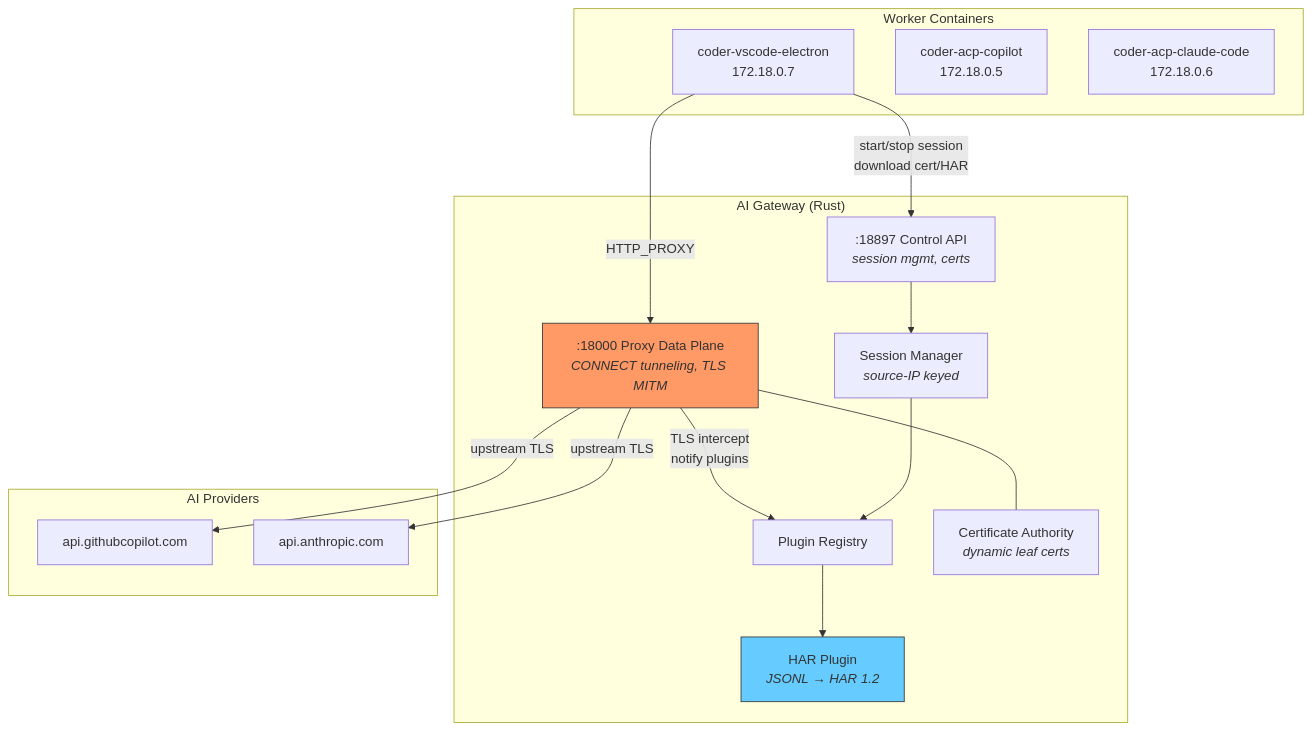
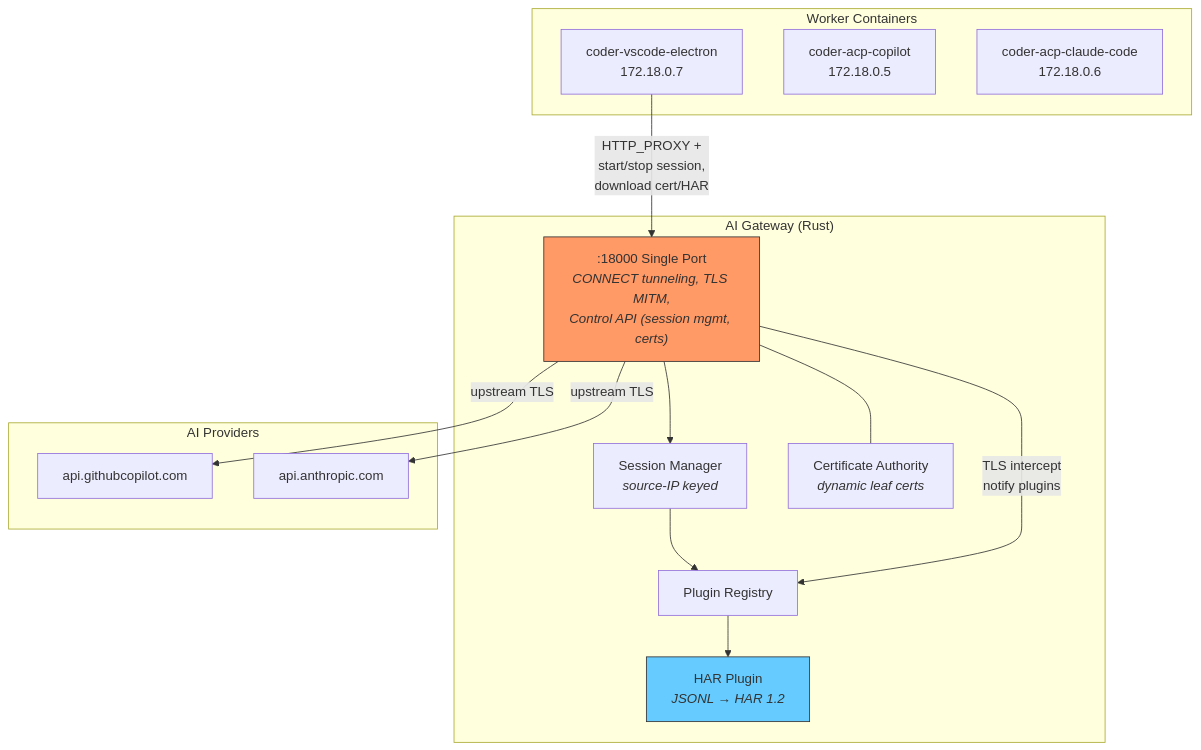
Before and after one commit to Gile987/scope: the first of 4 diagrams in docs/architecture/ai-gateway.md, drawn with Mermaid. The commit also changed other lines of this file and 1 other file, not shown here.

Commit message:
docs: update gateway documentation for single-port architecture

````diff
--- a/docs/architecture/ai-gateway.md
+++ b/docs/architecture/ai-gateway.md
@@ -23,35 +23,33 @@
 ```mermaid
 flowchart TB
     subgraph Workers["Worker Containers"]
         W1["coder-vscode-electron<br/>172.18.0.7"]
         W2["coder-acp-copilot<br/>172.18.0.5"]
         W3["coder-acp-claude-code<br/>172.18.0.6"]
     end
 
     subgraph GW["AI Gateway (Rust)"]
-        API[":18897 Control API<br/><i>session mgmt, certs</i>"]
-        PX[":18000 Proxy Data Plane<br/><i>CONNECT tunneling, TLS MITM</i>"]
+        PX[":18000 Single Port<br/><i>CONNECT tunneling, TLS MITM,<br/>Control API (session mgmt, certs)</i>"]
         SM["Session Manager<br/><i>source-IP keyed</i>"]
         PR["Plugin Registry"]
         HAR["HAR Plugin<br/><i>JSONL → HAR 1.2</i>"]
         CA["Certificate Authority<br/><i>dynamic leaf certs</i>"]
     end
 
     subgraph Upstream["AI Providers"]
         GH["api.githubcopilot.com"]
         AN["api.anthropic.com"]
     end
 
-    W1 -->|"HTTP_PROXY"| PX
-    W1 -->|"start/stop session<br/>download cert/HAR"| API
-    API --> SM
+    W1 -->|"HTTP_PROXY +<br/>start/stop session,<br/>download cert/HAR"| PX
+    PX --> SM
     SM --> PR
     PR --> HAR
     PX -->|"TLS intercept<br/>notify plugins"| PR
     PX -->|"upstream TLS"| GH
     PX -->|"upstream TLS"| AN
     PX --- CA
 
     style PX fill:#f96,stroke:#333
     style HAR fill:#6cf,stroke:#333
 ```
````
